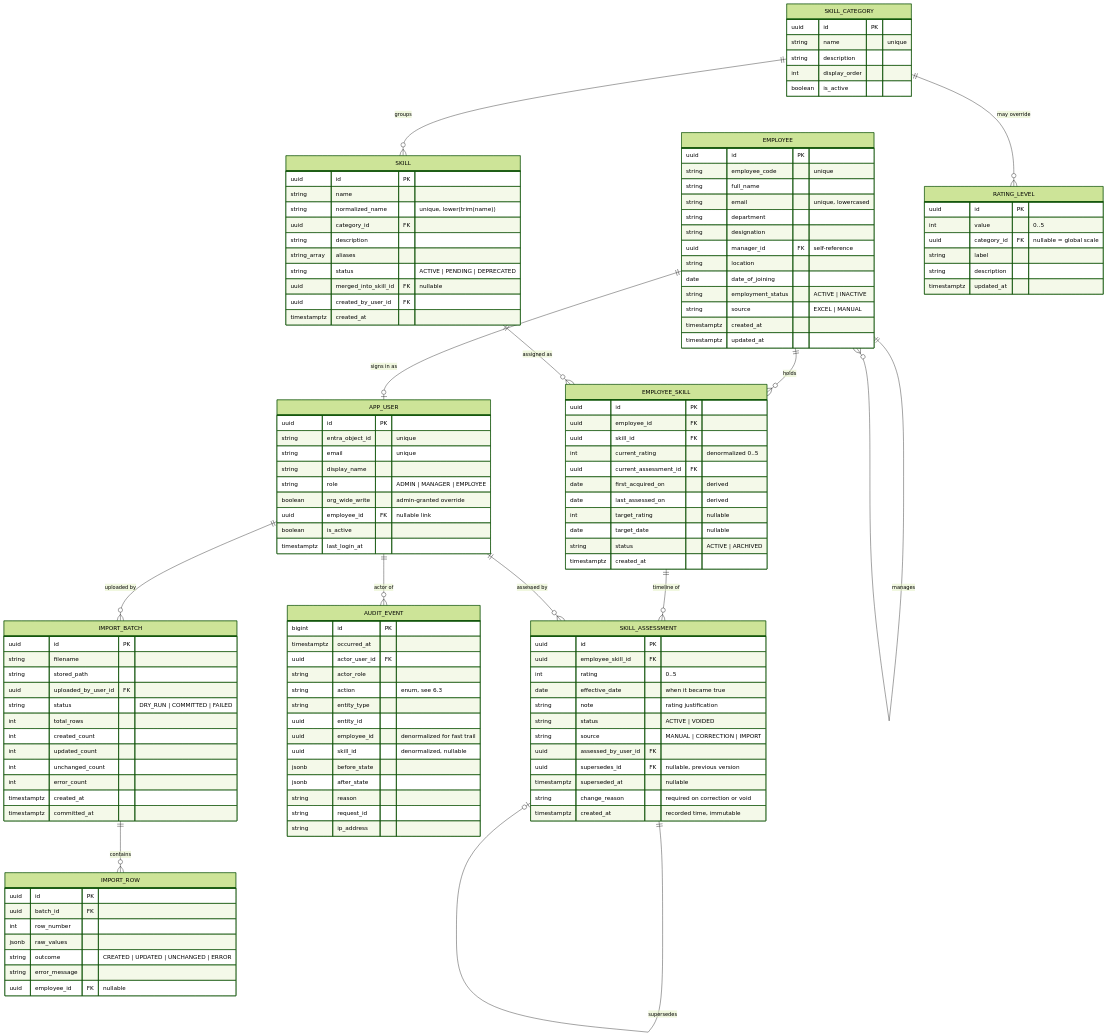
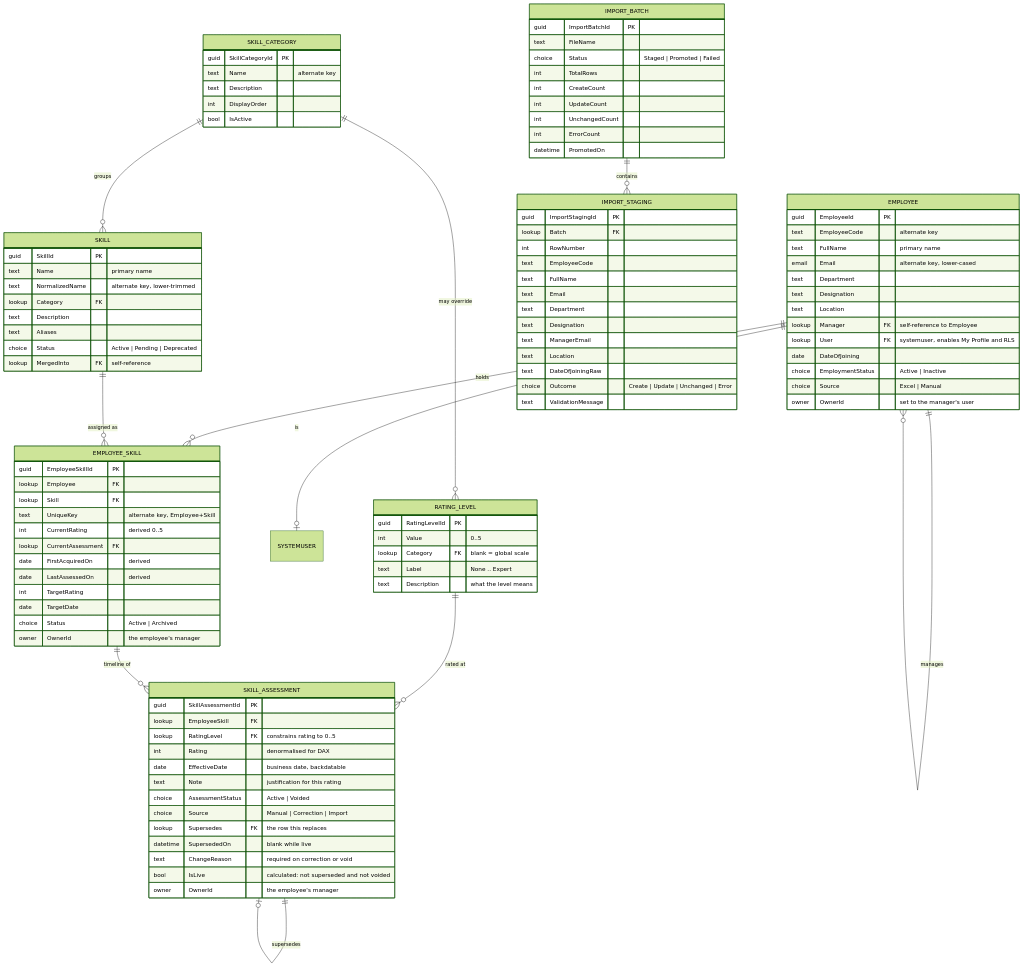
Before and after one commit to Santoshb091651/Skills-Competency-Management: the second of 8 diagrams in ARCHITECTURE.md, drawn with Mermaid (forest theme). The commit also changed other lines of this file and 1 other file, not shown here.

````diff
--- a/ARCHITECTURE.md
+++ b/ARCHITECTURE.md
@@ -160,143 +98,114 @@
 erDiagram
     EMPLOYEE ||--o{ EMPLOYEE : "manages"
     EMPLOYEE ||--o{ EMPLOYEE_SKILL : "holds"
-    EMPLOYEE ||--o| APP_USER : "signs in as"
+    EMPLOYEE ||--o| SYSTEMUSER : "is"
     SKILL_CATEGORY ||--o{ SKILL : "groups"
     SKILL_CATEGORY ||--o{ RATING_LEVEL : "may override"
     SKILL ||--o{ EMPLOYEE_SKILL : "assigned as"
+    RATING_LEVEL ||--o{ SKILL_ASSESSMENT : "rated at"
     EMPLOYEE_SKILL ||--o{ SKILL_ASSESSMENT : "timeline of"
     SKILL_ASSESSMENT ||--o| SKILL_ASSESSMENT : "supersedes"
-    APP_USER ||--o{ SKILL_ASSESSMENT : "assessed by"
-    APP_USER ||--o{ AUDIT_EVENT : "actor of"
-    APP_USER ||--o{ IMPORT_BATCH : "uploaded by"
-    IMPORT_BATCH ||--o{ IMPORT_ROW : "contains"
+    IMPORT_BATCH ||--o{ IMPORT_STAGING : "contains"
 
     EMPLOYEE {
-        uuid id PK
-        string employee_code "unique"
-        string full_name
-        string email "unique, lowercased"
-        string department
-        string designation
-        uuid manager_id FK "self-reference"
-        string location
-        date date_of_joining
-        string employment_status "ACTIVE | INACTIVE"
-        string source "EXCEL | MANUAL"
-        timestamptz created_at
-        timestamptz updated_at
-    }
-
-    APP_USER {
-        uuid id PK
-        string entra_object_id "unique"
-        string email "unique"
-        string display_name
-        string role "ADMIN | MANAGER | EMPLOYEE"
-        boolean org_wide_write "admin-granted override"
-        uuid employee_id FK "nullable link"
-        boolean is_active
-        timestamptz last_login_at
+        guid EmployeeId PK
+        text EmployeeCode "alternate key"
+        text FullName "primary name"
+        email Email "alternate key, lower-cased"
+        text Department
+        text Designation
+        text Location
+        lookup Manager FK "self-reference to Employee"
+        lookup User FK "systemuser, enables My Profile and RLS"
+        date DateOfJoining
+        choice EmploymentStatus "Active | Inactive"
+        choice Source "Excel | Manual"
+        owner OwnerId "set to the manager's user"
     }
 
     SKILL_CATEGORY {
-        uuid id PK
-        string name "unique"
-        string description
-        int display_order
-        boolean is_active
+        guid SkillCategoryId PK
+        text Name "alternate key"
+        text Description
+        int DisplayOrder
+        bool IsActive
     }
 
     SKILL {
-        uuid id PK
-        string name
-        string normalized_name "unique, lower(trim(name))"
-        uuid category_id FK
-        string description
-        string_array aliases
-        string status "ACTIVE | PENDING | DEPRECATED"
-        uuid merged_into_skill_id FK "nullable"
-        uuid created_by_user_id FK
-        timestamptz created_at
+        guid SkillId PK
+        text Name "primary name"
+        text NormalizedName "alternate key, lower-trimmed"
+        lookup Category FK
+        text Description
+        text Aliases
+        choice Status "Active | Pending | Deprecated"
+        lookup MergedInto FK "self-reference"
     }
 
     RATING_LEVEL {
-        uuid id PK
-        int value "0..5"
-        uuid category_id FK "nullable = global scale"
-        string label
-        string description
-        timestamptz updated_at
+        guid RatingLevelId PK
+        int Value "0..5"
+        lookup Category FK "blank = global scale"
+        text Label "None .. Expert"
+        text Description "what the level means"
     }
 
     EMPLOYEE_SKILL {
-        uuid id PK
-        uuid employee_id FK
-        uuid skill_id FK
-        int current_rating "denormalized 0..5"
-        uuid current_assessment_id FK
-        date first_acquired_on "derived"
-        date last_assessed_on "derived"
-        int target_rating "nullable"
-        date target_date "nullable"
-        string status "ACTIVE | ARCHIVED"
-        timestamptz created_at
+        guid EmployeeSkillId PK
+        lookup Employee FK
+        lookup Skill FK
+        text UniqueKey "alternate key, Employee+Skill"
+        int CurrentRating "derived 0..5"
+        lookup CurrentAssessment FK
+        date FirstAcquiredOn "derived"
+        date LastAssessedOn "derived"
+        int TargetRating
+        date TargetDate
+        choice Status "Active | Archived"
+        owner OwnerId "the employee's manager"
     }
 
     SKILL_ASSESSMENT {
-        uuid id PK
-        uuid employee_skill_id FK
-        int rating "0..5"
-        date effective_date "when it became true"
-        string note "rating justification"
-        string status "ACTIVE | VOIDED"
-        string source "MANUAL | CORRECTION | IMPORT"
-        uuid assessed_by_user_id FK
-        uuid supersedes_id FK "nullable, previous version"
-        timestamptz superseded_at "nullable"
-        string change_reason "required on correction or void"
-        timestamptz created_at "recorded time, immutable"
-    }
-
-    AUDIT_EVENT {
-        bigint id PK
-        timestamptz occurred_at
-        uuid actor_user_id FK
-        string actor_role
-        string action "enum, see 6.3"
-        string entity_type
-        uuid entity_id
-        uuid employee_id "denormalized for fast trail"
-        uuid skill_id "denormalized, nullable"
-        jsonb before_state
-        jsonb after_state
-        string reason
-        string request_id
-        string ip_address
+        guid SkillAssessmentId PK
+        lookup EmployeeSkill FK
+        lookup RatingLevel FK "constrains rating to 0..5"
+        int Rating "denormalised for DAX"
+        date EffectiveDate "business date, backdatable"
+        text Note "justification for this rating"
+        choice AssessmentStatus "Active | Voided"
+        choice Source "Manual | Correction | Import"
+        lookup Supersedes FK "the row this replaces"
+        datetime SupersededOn "blank while live"
+        text ChangeReason "required on correction or void"
+        bool IsLive "calculated: not superseded and not voided"
+        owner OwnerId "the employee's manager"
     }
 
     IMPORT_BATCH {
-        uuid id PK
-        string filename
-        string stored_path
-        uuid uploaded_by_user_id FK
-        string status "DRY_RUN | COMMITTED | FAILED"
-        int total_rows
-        int created_count
-        int updated_count
-        int unchanged_count
-        int error_count
-        timestamptz created_at
-        timestamptz committed_at
+        guid ImportBatchId PK
+        text FileName
+        choice Status "Staged | Promoted | Failed"
+        int TotalRows
+        int CreateCount
+        int UpdateCount
+        int UnchangedCount
+        int ErrorCount
+        datetime PromotedOn
     }
 
-    IMPORT_ROW {
-        uuid id PK
-        uuid batch_id FK
-        int row_number
-        jsonb raw_values
-        string outcome "CREATED | UPDATED | UNCHANGED | ERROR"
-        string error_message
-        uuid employee_id FK "nullable"
+    IMPORT_STAGING {
+        guid ImportStagingId PK
+        lookup Batch FK
+        int RowNumber
+        text EmployeeCode
+        text FullName
+        text Email
+        text Department
+        text Designation
+        text ManagerEmail
+        text Location
+        text DateOfJoiningRaw
+        choice Outcome "Create | Update | Unchanged | Error"
+        text ValidationMessage
     }
 ```
````
